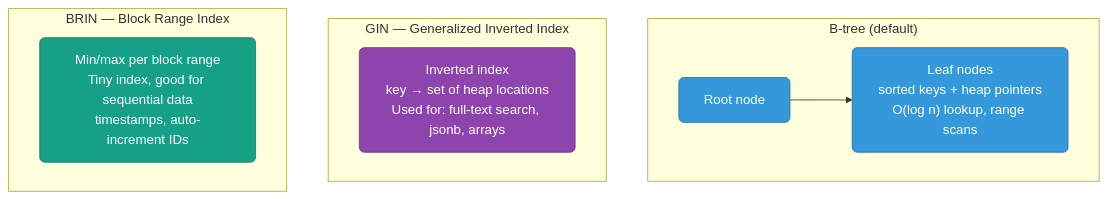
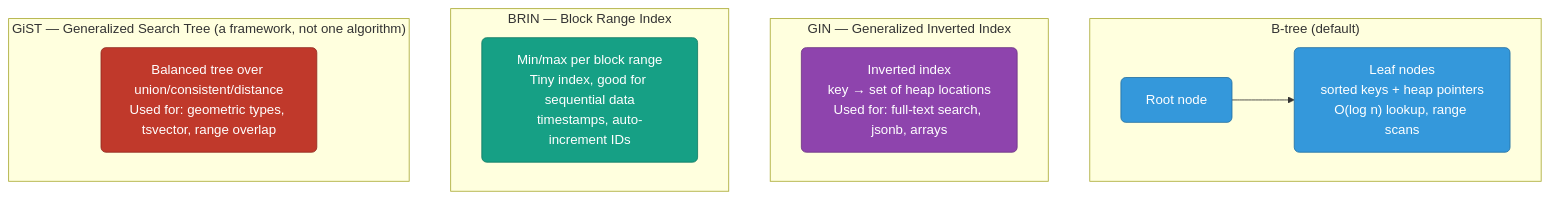
The fifth of 11 diagrams in databases/postgres-internals.md (deepanshu-rawat6/DevOpsIndex), drawn with Mermaid before and after one commit. The commit also changed other lines of this file and 16 other files, not shown here.

````diff
--- a/databases/postgres-internals.md
+++ b/databases/postgres-internals.md
@@ -756,16 +794,20 @@
 ```mermaid
 graph TD
     classDef btree fill:#3498db,stroke:#2471a3,color:#fff,rx:6
     classDef gin fill:#8e44ad,stroke:#6c3483,color:#fff,rx:6
     classDef brin fill:#16a085,stroke:#117a65,color:#fff,rx:6
+    classDef gist fill:#c0392b,stroke:#922b21,color:#fff,rx:6
 
     subgraph BTG["B-tree (default)"]
         B["Root node"]:::btree --> L["Leaf nodes<br/>sorted keys + heap pointers<br/>O(log n) lookup, range scans"]:::btree
     end
     subgraph GING["GIN — Generalized Inverted Index"]
         G["Inverted index<br/>key → set of heap locations<br/>Used for: full-text search, jsonb, arrays"]:::gin
     end
     subgraph BRING["BRIN — Block Range Index"]
         BR["Min/max per block range<br/>Tiny index, good for sequential data<br/>timestamps, auto-increment IDs"]:::brin
     end
+    subgraph GISTG["GiST — Generalized Search Tree (a framework, not one algorithm)"]
+        GS["Balanced tree over union/consistent/distance<br/>Used for: geometric types, tsvector, range overlap"]:::gist
+    end
 ```
````
